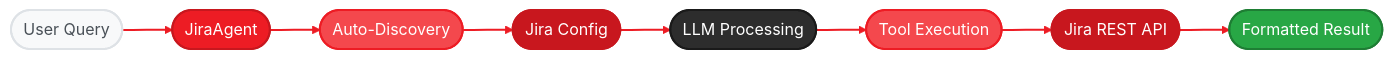
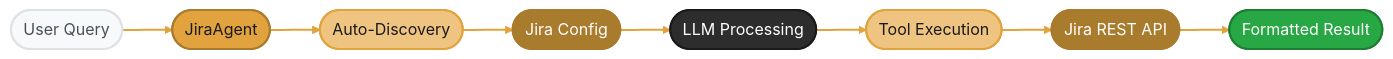
Before and after one commit to amd/gaia: the diagram in docs/guides/jira.mdx, drawn with Mermaid. The commit also changed 37 other files, not shown here.

````diff
--- a/docs/guides/jira.mdx
+++ b/docs/guides/jira.mdx
@@ -122,22 +122,22 @@
 ```mermaid
-%%{init: {'theme':'base', 'themeVariables': { 'primaryColor':'#ED1C24', 'primaryTextColor':'#fff', 'primaryBorderColor':'#C8171E', 'lineColor':'#F4484D', 'fontFamily': 'system-ui, -apple-system, sans-serif'}}}%%
+%%{init: {'theme':'base', 'themeVariables': { 'primaryColor':'#E2A33E', 'primaryTextColor':'#1a1a1a', 'primaryBorderColor':'#A87B2D', 'lineColor':'#EFC480', 'fontFamily': 'system-ui, -apple-system, sans-serif'}}}%%
 graph LR
     User(["User Query"]) --> Agent(["JiraAgent"])
     Agent --> Discover(["Auto-Discovery"])
     Discover --> Config(["Jira Config"])
     Config --> LLM(["LLM Processing"])
     LLM --> Tools(["Tool Execution"])
     Tools --> API(["Jira REST API"])
     API --> Result(["Formatted Result"])
 
     style User fill:#f8f9fa,stroke:#dee2e6,stroke-width:2px,color:#495057
-    style Agent fill:#ED1C24,stroke:#C8171E,stroke-width:2px,color:#fff
-    style Discover fill:#F4484D,stroke:#ED1C24,stroke-width:2px,color:#fff
-    style Config fill:#C8171E,stroke:#C8171E,stroke-width:2px,color:#fff
+    style Agent fill:#E2A33E,stroke:#A87B2D,stroke-width:2px,color:#1a1a1a
+    style Discover fill:#EFC480,stroke:#E2A33E,stroke-width:2px,color:#1a1a1a
+    style Config fill:#A87B2D,stroke:#A87B2D,stroke-width:2px,color:#fff
     style LLM fill:#2d2d2d,stroke:#1a1a1a,stroke-width:2px,color:#fff
-    style Tools fill:#F4484D,stroke:#ED1C24,stroke-width:2px,color:#fff
-    style API fill:#C8171E,stroke:#C8171E,stroke-width:2px,color:#fff
+    style Tools fill:#EFC480,stroke:#E2A33E,stroke-width:2px,color:#1a1a1a
+    style API fill:#A87B2D,stroke:#A87B2D,stroke-width:2px,color:#fff
     style Result fill:#28a745,stroke:#1e7e34,stroke-width:2px,color:#fff
 
-    linkStyle 0,1,2,3,4,5,6 stroke:#ED1C24,stroke-width:2px
+    linkStyle 0,1,2,3,4,5,6 stroke:#E2A33E,stroke-width:2px
 ```
````
